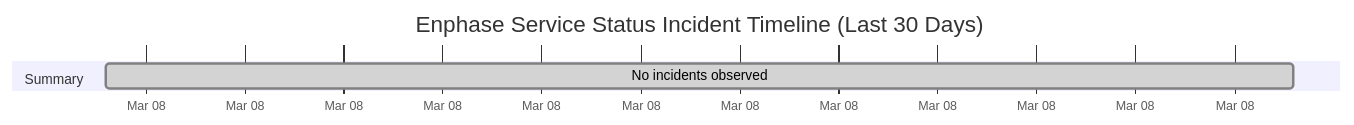
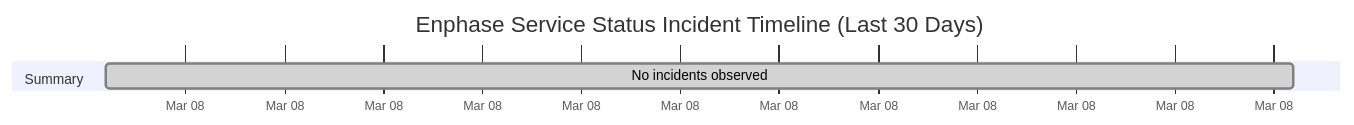
One commit to barneyonline/ha-enphase-ev-charger changed the diagram in wiki/Service-Status-History.md. Above: the diagram before and after it, drawn with Mermaid. The commit also changed other lines of this file and 3 other files, not shown here.

````diff
--- a/wiki/Service-Status-History.md
+++ b/wiki/Service-Status-History.md
@@ -14,8 +14,8 @@
 ```mermaid
 gantt
     title Enphase Service Status Incident Timeline (Last 30 Days)
     dateFormat  YYYY-MM-DDTHH:mm:ss
     axisFormat  %b %d
     section Summary
-    No incidents observed :done, 2026-03-08T16:17:23, 1m
+    No incidents observed :done, 2026-03-08T17:15:46, 1m
 ```
````
